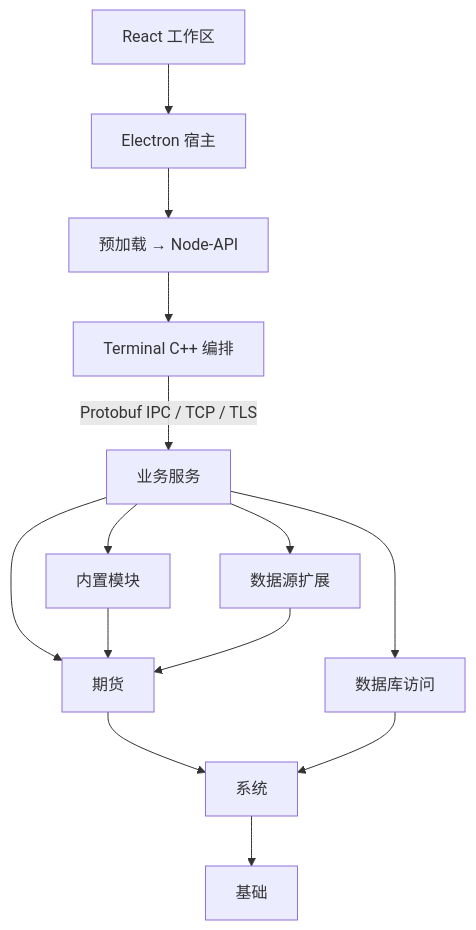
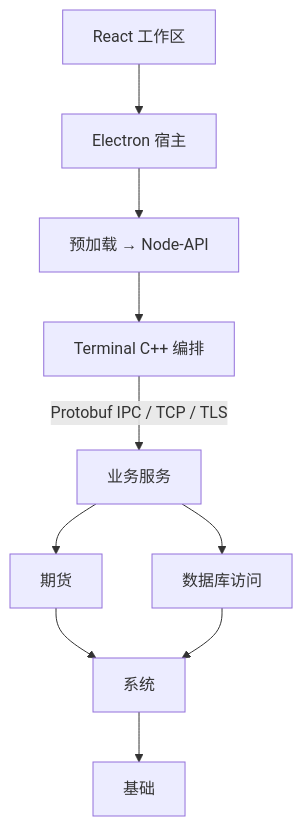
One commit to isqiwen/asterion-terminal changed the first of 2 diagrams in docs/architecture.md. Above: the diagram before and after it, drawn with Mermaid. The commit also changed other lines of this file and 439 other files, not shown here.

````diff
--- a/docs/architecture.md
+++ b/docs/architecture.md
@@ -18,16 +17,12 @@
 ```mermaid
 flowchart TB
   UI[React 工作区] --> Host[Electron 宿主]
   Host --> Bridge[预加载 → Node-API]
   Bridge --> App[Terminal C++ 编排]
   App -->|Protobuf IPC / TCP / TLS| Services[业务服务]
-  Services --> Modules[内置模块]
-  Services --> Extensions[数据源扩展]
   Services --> Futures[期货]
-  Modules --> Futures
-  Extensions --> Futures
   Futures --> System[系统]
   System --> Base[基础]
   Services --> Database[数据库访问]
   Database --> System
 ```
````
